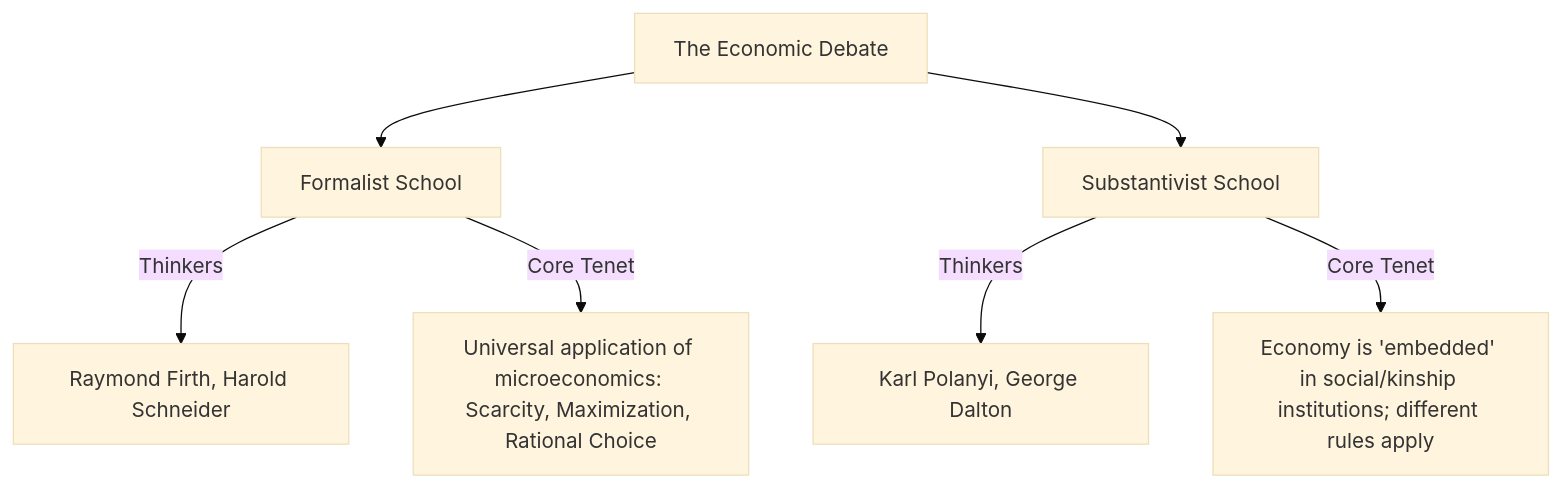
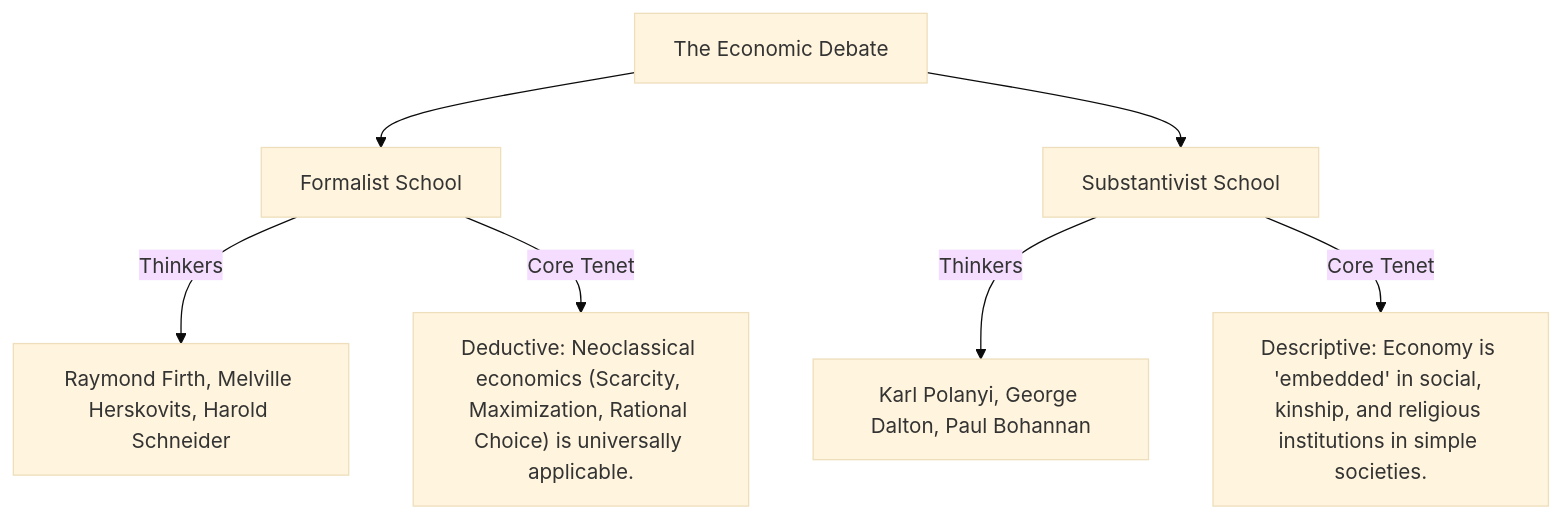
The third of 5 diagrams in Paper_1/2_socio_cultural_anthro.md (ashish-upsc/anthro), drawn with Mermaid (base theme) before and after one commit. The commit also changed other lines of this file and 29 other files, not shown here.

````diff
--- a/Paper_1/2_socio_cultural_anthro.md
+++ b/Paper_1/2_socio_cultural_anthro.md
@@ -250,11 +246,11 @@
 ```mermaid
 graph TD
-    A[The Economic Debate] --> B[Formalist School]
-    A --> C[Substantivist School]
+    A["The Economic Debate"] --> B["Formalist School"]
+    A --> C["Substantivist School"]
     
-    B -->|Thinkers| B1[Raymond Firth, Harold Schneider]
-    B -->|Core Tenet| B2[Universal application of microeconomics: Scarcity, Maximization, Rational Choice]
+    B -->|Thinkers| B1["Raymond Firth, Melville Herskovits, Harold Schneider"]
+    B -->|Core Tenet| B2["Deductive: Neoclassical economics (Scarcity, Maximization, Rational Choice) is universally applicable."]
     
-    C -->|Thinkers| C1[Karl Polanyi, George Dalton]
-    C -->|Core Tenet| C2[Economy is 'embedded' in social/kinship institutions; different rules apply]
+    C -->|Thinkers| C1["Karl Polanyi, George Dalton, Paul Bohannan"]
+    C -->|Core Tenet| C2["Descriptive: Economy is 'embedded' in social, kinship, and religious institutions in simple societies."]
 ```
````
